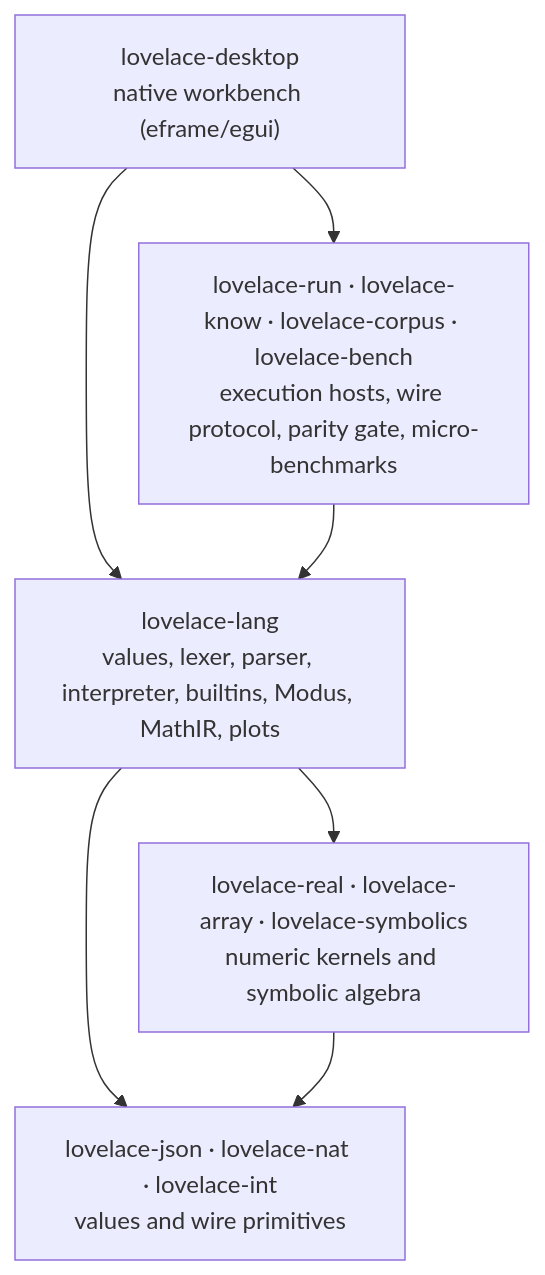
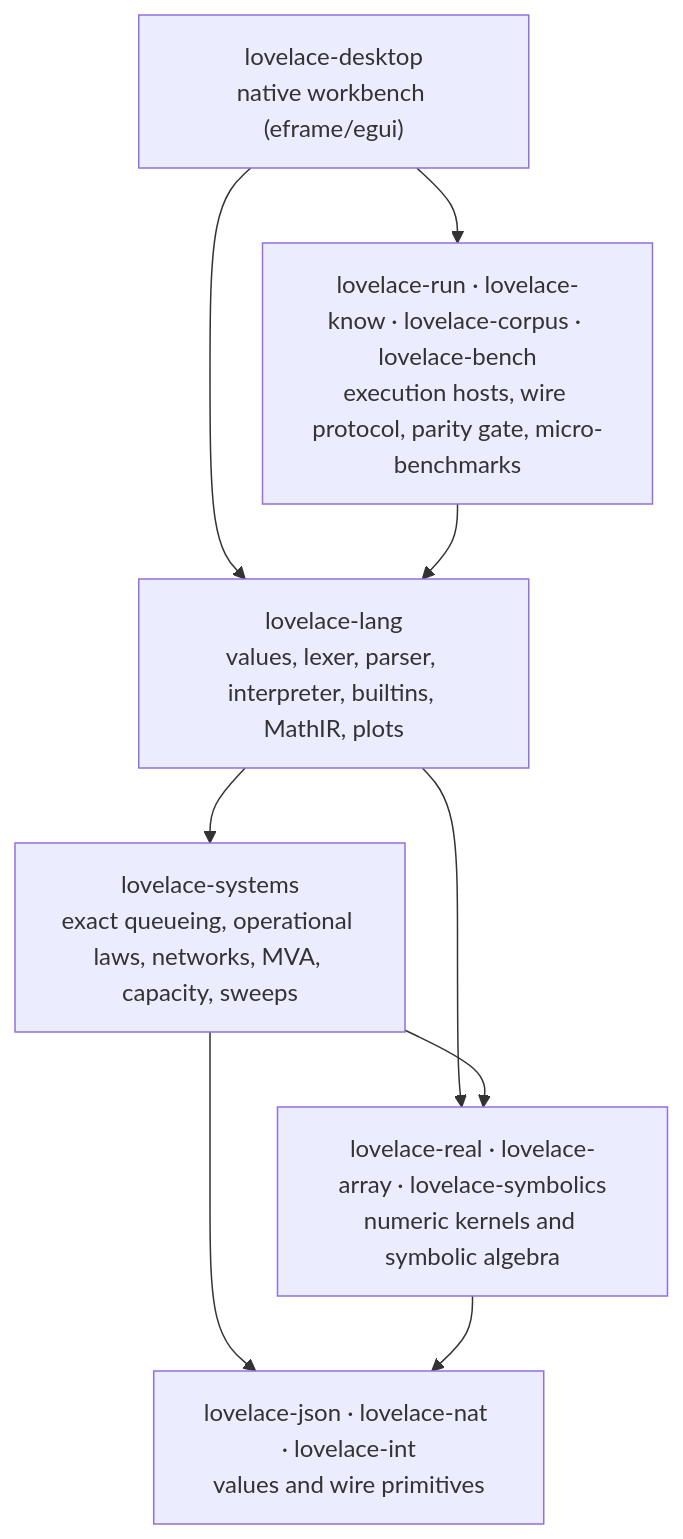
One commit to jjackbauer/RustLace changed the diagram in docs/architecture.md. Above: the diagram before and after it, drawn with Mermaid. The commit also changed other lines of this file and 121 other files, not shown here.

````diff
--- a/docs/architecture.md
+++ b/docs/architecture.md
@@ -6,15 +6,18 @@
 ```mermaid
 flowchart TB
     ui["lovelace-desktop<br/>native workbench (eframe/egui)"]
     host["lovelace-run · lovelace-know · lovelace-corpus · lovelace-bench<br/>execution hosts, wire protocol, parity gate, micro-benchmarks"]
-    lang["lovelace-lang<br/>values, lexer, parser, interpreter, builtins, Modus, MathIR, plots"]
+    lang["lovelace-lang<br/>values, lexer, parser, interpreter, builtins, MathIR, plots"]
+    sys["lovelace-systems<br/>exact queueing, operational laws, networks, MVA, capacity, sweeps"]
     num["lovelace-real · lovelace-array · lovelace-symbolics<br/>numeric kernels and symbolic algebra"]
     val["lovelace-json · lovelace-nat · lovelace-int<br/>values and wire primitives"]
 
     ui --> host
     ui --> lang
     host --> lang
+    lang --> sys
     lang --> num
-    lang --> val
+    sys --> num
+    sys --> val
     num --> val
 ```
````
